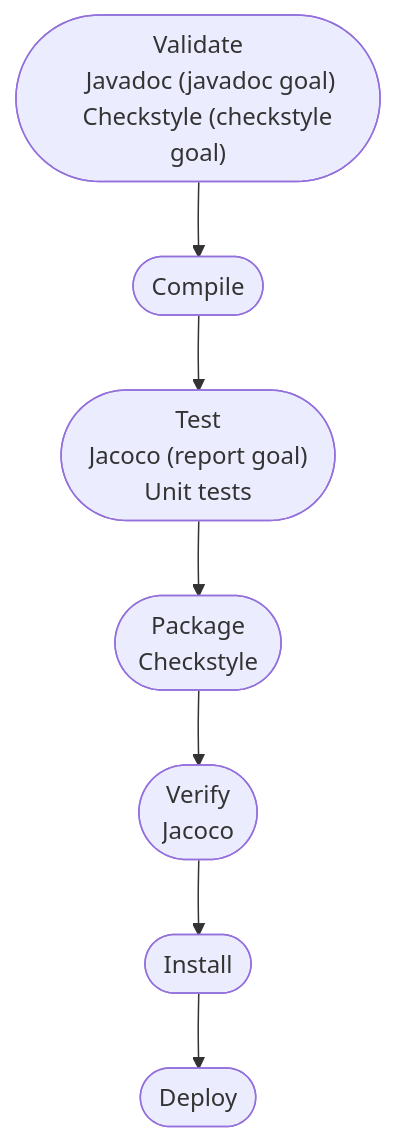
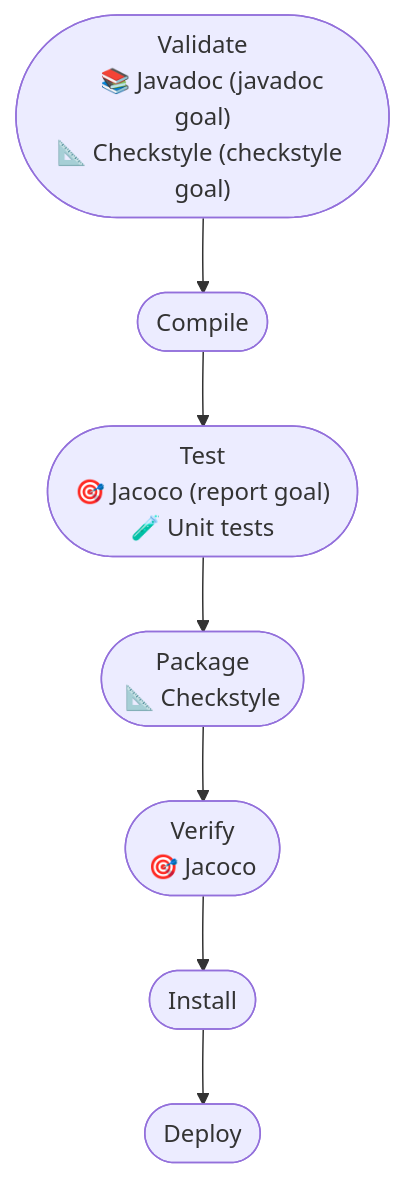
One commit to antoinebrunet1/shortesttm-path changed the diagram in README.md. Above: the diagram before and after it, drawn with Mermaid.

Commit message:
Added emojis in Maven diagram in README

````diff
--- a/README.md
+++ b/README.md
@@ -57,15 +57,15 @@
 ```mermaid
 graph TD;
     id1(["Validate
-    Javadoc (javadoc goal)
-    Checkstyle (checkstyle goal)"])-->id2([Compile])
+    📚 Javadoc (javadoc goal)
+📐 Checkstyle (checkstyle goal)"])-->id2([Compile])
     id2([Compile])-->id3([Test])
     id3(["Test
-    Jacoco (report goal)
-    Unit tests"])-->id4([Package])
+🎯 Jacoco (report goal)
+🧪 Unit tests"])-->id4([Package])
     id4(["Package
-    Checkstyle"])-->id5([Verify])
+📐 Checkstyle"])-->id5([Verify])
     id5(["Verify
-    Jacoco"])-->id6([Install])
+🎯 Jacoco"])-->id6([Install])
     id6([Install])-->id7([Deploy])
 ```
````
